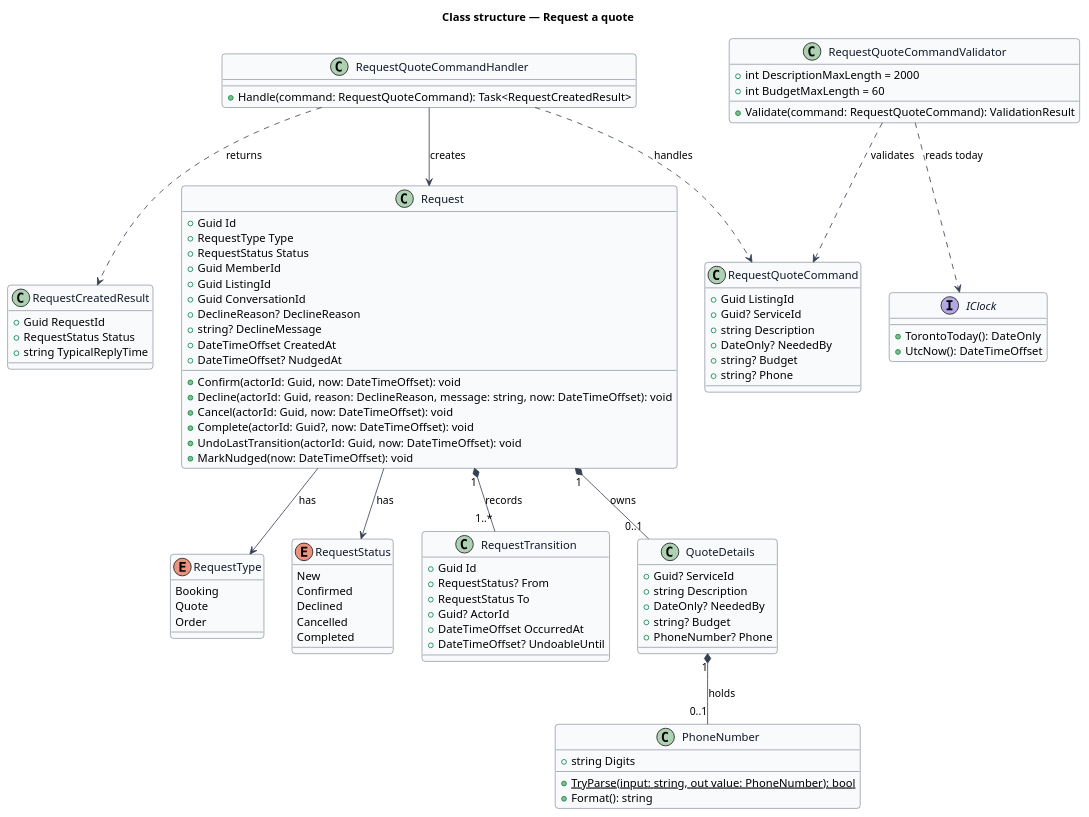
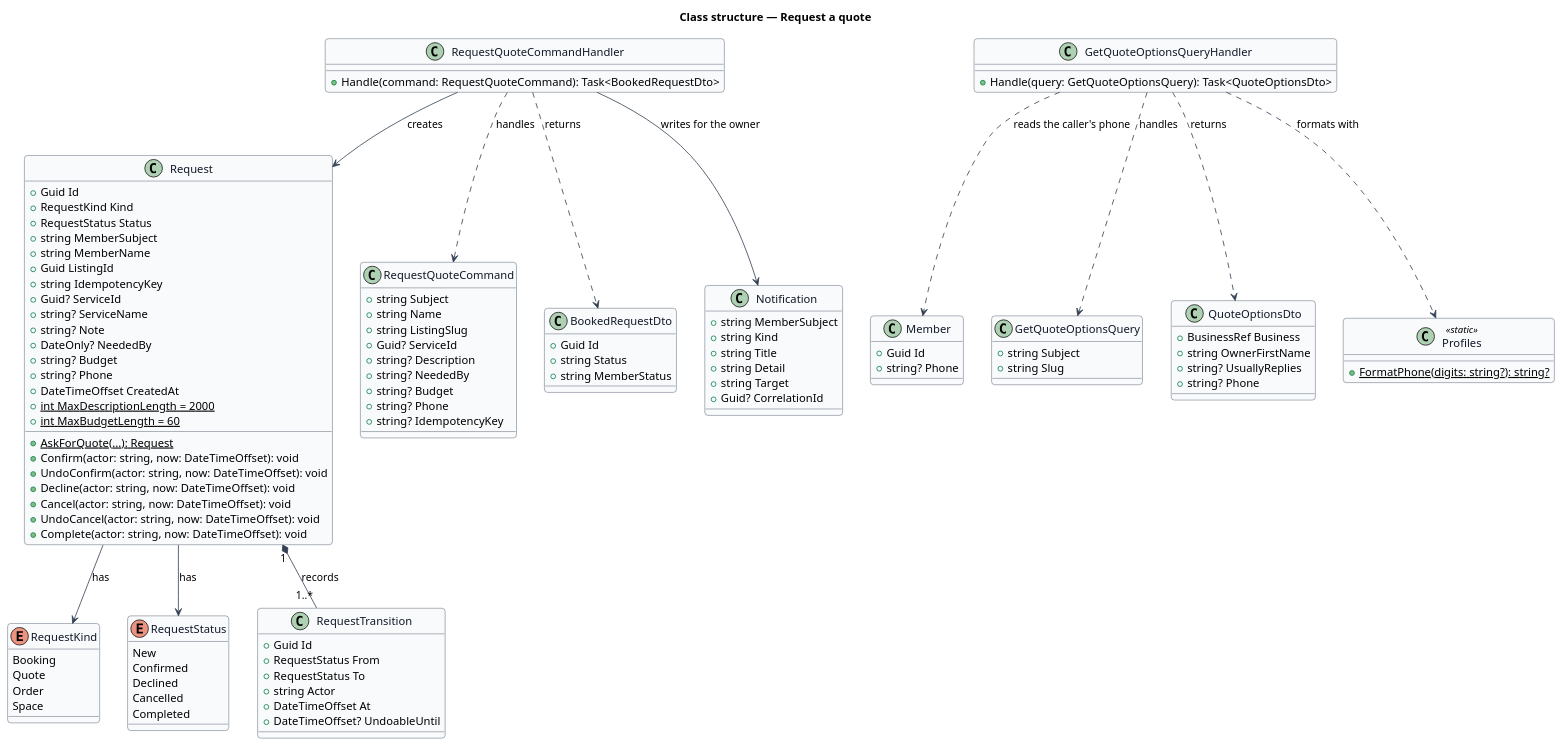
One commit to QuinntyneBrown/jubilee changed the diagram in docs/detailed-designs/requests/request-quote/diagrams/class-structure.puml. Above: the diagram before and after it, drawn with PlantUML. The commit also changed 13 other files, not shown here.

First line of the commit message:
Sharpen the quote criteria and bring the request-quote design in line with the code

```diff
--- a/docs/detailed-designs/requests/request-quote/diagrams/class-structure.puml
+++ b/docs/detailed-designs/requests/request-quote/diagrams/class-structure.puml
@@ -1,113 +1,134 @@
 @startuml
 ' --- shared skin header ---
 skinparam backgroundColor #FFFFFF
 skinparam shadowing false
 skinparam roundcorner 8
 skinparam defaultFontName Arial
 skinparam ArrowColor #344054
 skinparam class {
   BorderColor #344054
   FontColor #101828
   BackgroundColor #F9FAFB
 }
 ' --------------------------
 title Class structure — Request a quote
 
-enum RequestType {
+enum RequestKind {
   Booking
   Quote
   Order
+  Space
 }
 
 enum RequestStatus {
   New
   Confirmed
   Declined
   Cancelled
   Completed
 }
 
 class Request {
   +Guid Id
-  +RequestType Type
+  +RequestKind Kind
   +RequestStatus Status
-  +Guid MemberId
+  +string MemberSubject
+  +string MemberName
   +Guid ListingId
-  +Guid ConversationId
-  +DeclineReason? DeclineReason
-  +string? DeclineMessage
+  +string IdempotencyKey
+  +Guid? ServiceId
+  +string? ServiceName
+  +string? Note
+  +DateOnly? NeededBy
+  +string? Budget
+  +string? Phone
   +DateTimeOffset CreatedAt
-  +DateTimeOffset? NudgedAt
-  +Confirm(actorId: Guid, now: DateTimeOffset): void
-  +Decline(actorId: Guid, reason: DeclineReason, message: string, now: DateTimeOffset): void
-  +Cancel(actorId: Guid, now: DateTimeOffset): void
-  +Complete(actorId: Guid?, now: DateTimeOffset): void
-  +UndoLastTransition(actorId: Guid, now: DateTimeOffset): void
-  +MarkNudged(now: DateTimeOffset): void
+  +{static} int MaxDescriptionLength = 2000
+  +{static} int MaxBudgetLength = 60
+  +{static} AskForQuote(...): Request
+  +Confirm(actor: string, now: DateTimeOffset): void
+  +UndoConfirm(actor: string, now: DateTimeOffset): void
+  +Decline(actor: string, now: DateTimeOffset): void
+  +Cancel(actor: string, now: DateTimeOffset): void
+  +UndoCancel(actor: string, now: DateTimeOffset): void
+  +Complete(actor: string, now: DateTimeOffset): void
 }
 
 class RequestTransition {
   +Guid Id
-  +RequestStatus? From
+  +RequestStatus From
   +RequestStatus To
-  +Guid? ActorId
-  +DateTimeOffset OccurredAt
+  +string Actor
+  +DateTimeOffset At
   +DateTimeOffset? UndoableUntil
 }
 
 Request "1" *-- "1..*" RequestTransition : records
-Request --> RequestType : has
+Request --> RequestKind : has
 Request --> RequestStatus : has
 
-class QuoteDetails {
-  +Guid? ServiceId
-  +string Description
-  +DateOnly? NeededBy
-  +string? Budget
-  +PhoneNumber? Phone
+class Member {
+  +Guid Id
+  +string? Phone
 }
 
-class PhoneNumber {
-  +string Digits
-  +{static} TryParse(input: string, out value: PhoneNumber): bool
-  +Format(): string
+class GetQuoteOptionsQuery {
+  +string Subject
+  +string Slug
+}
+
+class GetQuoteOptionsQueryHandler {
+  +Handle(query: GetQuoteOptionsQuery): Task<QuoteOptionsDto>
+}
+
+class QuoteOptionsDto {
+  +BusinessRef Business
+  +string OwnerFirstName
+  +string? UsuallyReplies
+  +string? Phone
+}
+
+class Profiles <<static>> {
+  +{static} FormatPhone(digits: string?): string?
 }
 
 class RequestQuoteCommand {
-  +Guid ListingId
+  +string Subject
+  +string Name
+  +string ListingSlug
   +Guid? ServiceId
-  +string Description
-  +DateOnly? NeededBy
+  +string? Description
+  +string? NeededBy
   +string? Budget
   +string? Phone
-}
-
-class RequestQuoteCommandValidator {
-  +int DescriptionMaxLength = 2000
-  +int BudgetMaxLength = 60
-  +Validate(command: RequestQuoteCommand): ValidationResult
+  +string? IdempotencyKey
 }
 
 class RequestQuoteCommandHandler {
-  +Handle(command: RequestQuoteCommand): Task<RequestCreatedResult>
+  +Handle(command: RequestQuoteCommand): Task<BookedRequestDto>
 }
 
-class RequestCreatedResult {
-  +Guid RequestId
-  +RequestStatus Status
-  +string TypicalReplyTime
+class BookedRequestDto {
+  +Guid Id
+  +string Status
+  +string MemberStatus
 }
 
-interface IClock {
-  +TorontoToday(): DateOnly
-  +UtcNow(): DateTimeOffset
+class Notification {
+  +string MemberSubject
+  +string Kind
+  +string Title
+  +string Detail
+  +string Target
+  +Guid? CorrelationId
 }
 
-Request "1" *-- "0..1" QuoteDetails : owns
-QuoteDetails "1" *-- "0..1" PhoneNumber : holds
+GetQuoteOptionsQueryHandler ..> GetQuoteOptionsQuery : handles
+GetQuoteOptionsQueryHandler ..> QuoteOptionsDto : returns
+GetQuoteOptionsQueryHandler ..> Member : reads the caller's phone
+GetQuoteOptionsQueryHandler ..> Profiles : formats with
 RequestQuoteCommandHandler ..> RequestQuoteCommand : handles
-RequestQuoteCommandValidator ..> RequestQuoteCommand : validates
-RequestQuoteCommandValidator ..> IClock : reads today
 RequestQuoteCommandHandler --> Request : creates
-RequestQuoteCommandHandler ..> RequestCreatedResult : returns
+RequestQuoteCommandHandler --> Notification : writes for the owner
+RequestQuoteCommandHandler ..> BookedRequestDto : returns
 @enduml
```
